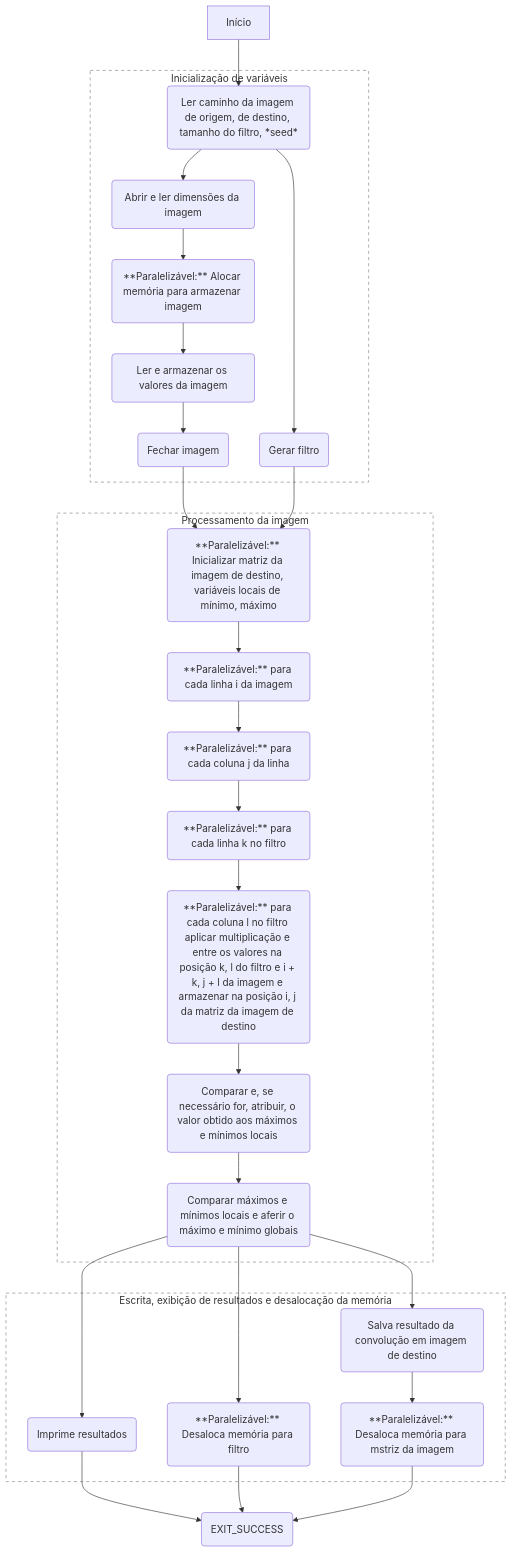
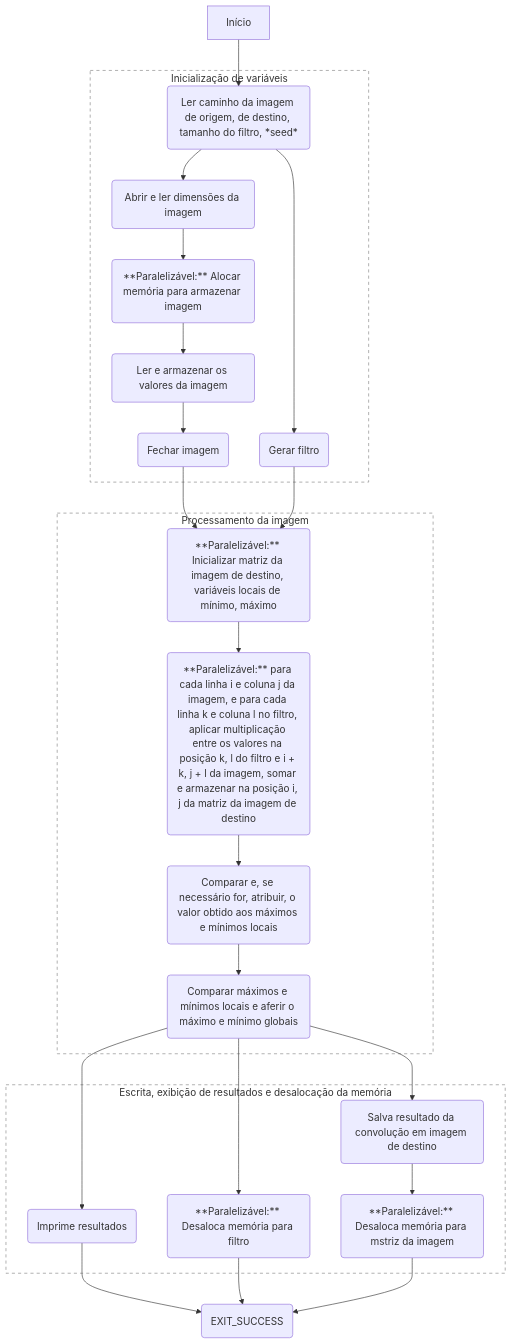
One commit to de-abreu/alto_desempenho changed the diagram in trabalho_1/README.md. Above: the diagram before and after it, drawn with Mermaid. The commit also changed 3 other files, not shown here.

````diff
--- a/trabalho_1/README.md
+++ b/trabalho_1/README.md
@@ -23,37 +23,34 @@
 ```mermaid
 flowchart TD
     start[Início] --> A1(Ler caminho da imagem de origem, de destino, tamanho do filtro, *seed* )
     subgraph r1 [Inicialização de variáveis]
         style r1 stroke-dasharray: 5, 5, fill:none, stroke: grey
 
         A1 --> B1(Abrir e ler dimensões da imagem)
         A1 --> A2(Gerar filtro)
         B1 --> B2(**Paralelizável:** Alocar memória para armazenar imagem)
         B2 --> B3(Ler e armazenar os valores da imagem)
         B3 --> B4(Fechar imagem)
 
     end
     subgraph r2 [Processamento da imagem]
         style r2 stroke-dasharray: 5, 5, fill:none, stroke: grey
 
         B4 --> C1(**Paralelizável:** Inicializar matriz da imagem de destino, variáveis locais de mínimo, máximo)
         A2 --> C1
-        C1 --> C2(**Paralelizável:** para cada linha i da imagem)
-        C2 --> C3(**Paralelizável:** para cada coluna j da linha)
-        C3 --> C4(**Paralelizável:** para cada linha k no filtro)
-        C4 --> C5(**Paralelizável:** para cada coluna l no filtro aplicar multiplicação e entre os valores na posição k, l do filtro e i + k, j + l da imagem e armazenar na posição i, j da matriz da imagem de destino)
-        C5 --> C6(Comparar e, se necessário for, atribuir, o valor obtido aos máximos e mínimos locais)
-        C6 --> C7(Comparar máximos e mínimos locais e aferir o máximo e mínimo globais)
+        C1 --> C2(**Paralelizável:** para cada linha i e coluna j da imagem, e para cada linha k e coluna l no filtro, aplicar multiplicação entre os valores na posição k, l do filtro e i + k, j + l da imagem, somar e armazenar na posição i, j da matriz da imagem de destino)
+        C2 --> C3(Comparar e, se necessário for, atribuir, o valor obtido aos máximos e mínimos locais)
+        C3 --> C4(Comparar máximos e mínimos locais e aferir o máximo e mínimo globais)
     end
     subgraph r3 [Escrita, exibição de resultados e desalocação da memória]
         style r3 stroke-dasharray: 5, 5, fill:none, stroke: grey
-        C7 --> D1(Imprime resultados)
-        C7 --> D2(**Paralelizável:** Desaloca memória para filtro)
-        C7 --> D3(Salva resultado da convolução em imagem de destino)
+        C4 --> D1(Imprime resultados)
+        C4 --> D2(**Paralelizável:** Desaloca memória para filtro)
+        C4 --> D3(Salva resultado da convolução em imagem de destino)
         D3 --> D4(**Paralelizável:** Desaloca memória para mstriz da imagem)
     end
 
     D1 --> EXIT(EXIT_SUCCESS)
     D2 --> EXIT
     D4 --> EXIT
 ```
````
